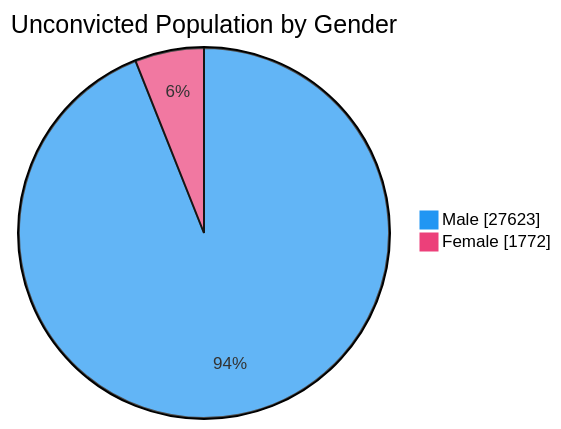
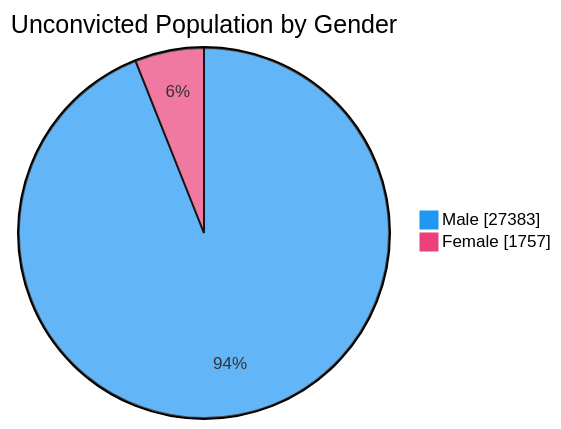
One commit to nuuuwan/lk_prisons changed the fourth of 7 diagrams in README.md. Above: the diagram before and after it, drawn with Mermaid. The commit also changed other lines of this file and 1 other file, not shown here.

````diff
--- a/README.md
+++ b/README.md
@@ -76,6 +76,6 @@
 ```mermaid
 %%{init: {'themeVariables': {'pie1': '#2196F3', 'pie2': '#EC407A'}}}%%
 pie showData title Unconvicted Population by Gender
-    "Male" : 27623
-    "Female" : 1772
+    "Male" : 27383
+    "Female" : 1757
 ```
````
